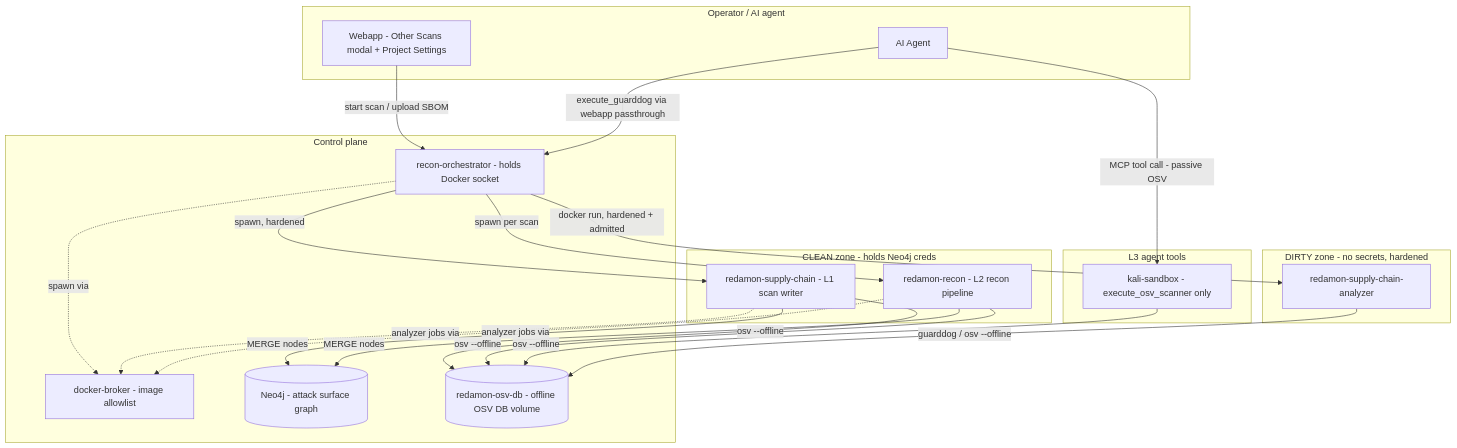
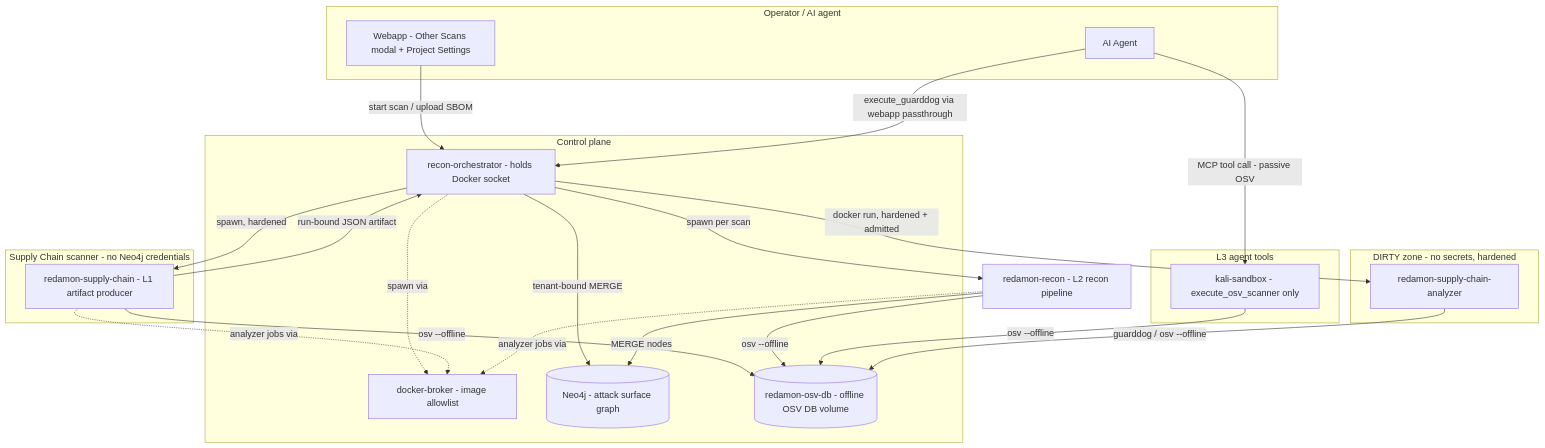
One commit to xdCloudy/REAmon changed the first of 7 diagrams in docs/readmes/README.SUPPLY_CHAIN.md. Above: the diagram before and after it, drawn with Mermaid. The commit also changed other lines of this file and 20 other files, not shown here.

Commit message:
fix: isolate supply chain graph credentials

````diff
--- a/docs/readmes/README.SUPPLY_CHAIN.md
+++ b/docs/readmes/README.SUPPLY_CHAIN.md
@@ -65,46 +67,47 @@
 ```mermaid
 flowchart TB
     subgraph OP[Operator / AI agent]
       UI[Webapp - Other Scans modal + Project Settings]
       AG[AI Agent]
     end
 
     subgraph CP[Control plane]
       ORCH[recon-orchestrator - holds Docker socket]
       BROKER[docker-broker - image allowlist]
       NEO[(Neo4j - attack surface graph)]
       OSVDB[(redamon-osv-db - offline OSV DB volume)]
     end
 
-    subgraph CLEAN[CLEAN zone - holds Neo4j creds]
-      L1C[redamon-supply-chain - L1 scan writer]
-      RECON[redamon-recon - L2 recon pipeline]
+    subgraph SCAN[Supply Chain scanner - no Neo4j credentials]
+      L1C[redamon-supply-chain - L1 artifact producer]
     end
+    RECON[redamon-recon - L2 recon pipeline]
 
     subgraph DIRTY[DIRTY zone - no secrets, hardened]
       ANALYZER[redamon-supply-chain-analyzer]
     end
 
     subgraph L3Z[L3 agent tools]
       KALI[kali-sandbox - execute_osv_scanner only]
     end
 
     UI -->|start scan / upload SBOM| ORCH
     AG -->|MCP tool call - passive OSV| KALI
     AG -->|execute_guarddog via webapp passthrough| ORCH
     ORCH -->|spawn, hardened| L1C
     ORCH -->|spawn per scan| RECON
     ORCH -->|docker run, hardened + admitted| ANALYZER
 
     L1C -->|osv --offline| OSVDB
     RECON -->|osv --offline| OSVDB
     KALI -->|osv --offline| OSVDB
     ANALYZER -->|guarddog / osv --offline| OSVDB
 
-    L1C -->|MERGE nodes| NEO
+    L1C -->|run-bound JSON artifact| ORCH
+    ORCH -->|tenant-bound MERGE| NEO
     RECON -->|MERGE nodes| NEO
 
     ORCH -.spawn via.-> BROKER
     L1C -.analyzer jobs via.-> BROKER
     RECON -.analyzer jobs via.-> BROKER
 ```
````
